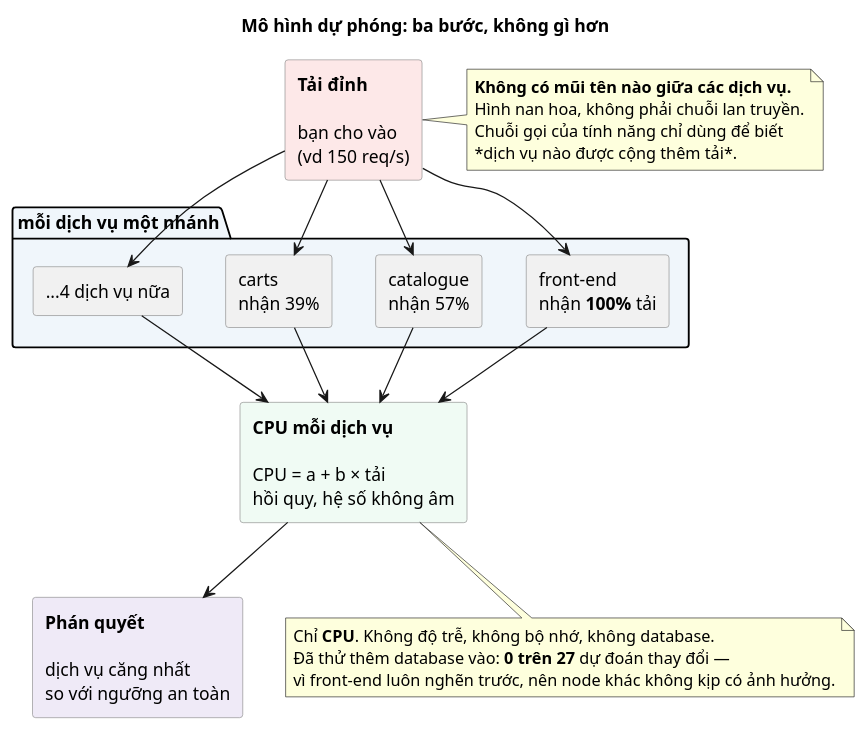
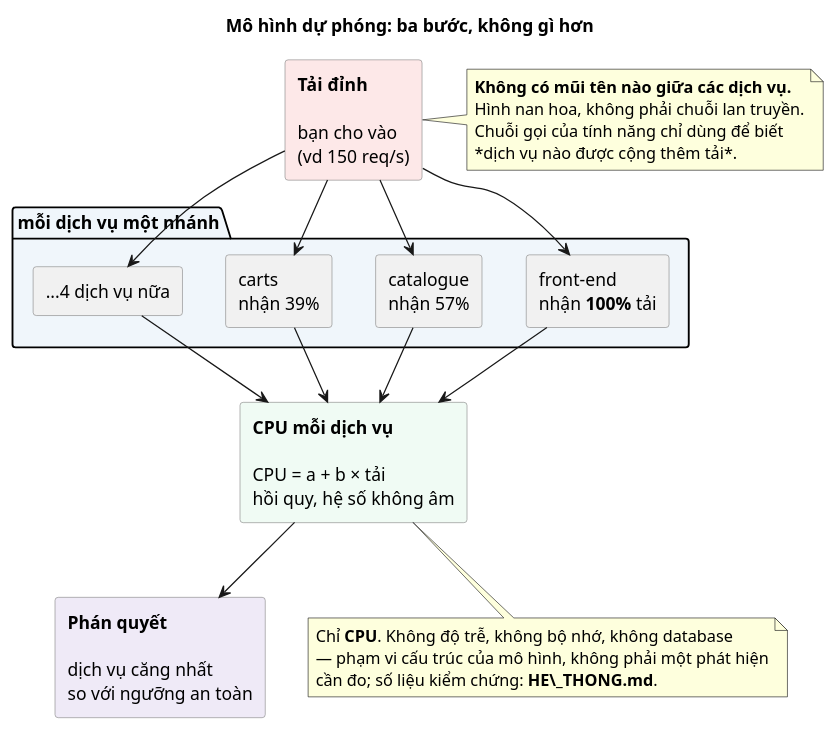
Before and after one commit to kkyaha/NCKH: the diagram in papers/p1_du_phong/docs/figures/puml/21_he_B_nan_hoa.puml, drawn with PlantUML. The commit also changed 25 other files, not shown here.

Commit message:
feat: add chain validation for SCM and update evaluation docs and diagrams

```diff
--- a/papers/p1_du_phong/docs/figures/puml/21_he_B_nan_hoa.puml
+++ b/papers/p1_du_phong/docs/figures/puml/21_he_B_nan_hoa.puml
@@ -1,44 +1,44 @@
 @startuml
 ' MOTA: Khối 2 — mô hình khả thi: ba bước, một loại tài nguyên, không cạnh giữa các dịch vụ
 skinparam defaultFontName Helvetica
 skinparam shadowing false
 skinparam rectangle {
   BorderColor #888888
 }
 title Mô hình dự phóng: **ba bước**, không gì hơn
 
 rectangle "**Tải đỉnh**\n\nbạn cho vào\n(vd 150 req/s)" as L #FDE8E8
 
 package "mỗi dịch vụ một nhánh" #F0F6FB {
   rectangle "front-end\nnhận **100%** tải" as A
   rectangle "catalogue\nnhận 57%" as B
   rectangle "carts\nnhận 39%" as C
   rectangle "...4 dịch vụ nữa" as D
 }
 
 rectangle "**CPU mỗi dịch vụ**\n\nCPU = a + b × tải\nhồi quy, hệ số không âm" as E #F0FBF4
 rectangle "**Phán quyết**\n\ndịch vụ căng nhất\nso với ngưỡng an toàn" as F #EFEAF7
 
 L --> A
 L --> B
 L --> C
 L --> D
 A --> E
 B --> E
 C --> E
 D --> E
 E --> F
 
 note right of L
   **Không có mũi tên nào giữa các dịch vụ.**
   Hình nan hoa, không phải chuỗi lan truyền.
   Chuỗi gọi của tính năng chỉ dùng để biết
   *dịch vụ nào được cộng thêm tải*.
 end note
 
 note bottom of E
-  Chỉ **CPU**. Không độ trễ, không bộ nhớ, không database.
-  Đã thử thêm database vào: **0 trên 27** dự đoán thay đổi —
-  vì front-end luôn nghẽn trước, nên node khác không kịp có ảnh hưởng.
+  Chỉ **CPU**. Không độ trễ, không bộ nhớ, không database
+  — phạm vi cấu trúc của mô hình, không phải một phát hiện
+  cần đo; số liệu kiểm chứng: **HE\_THONG.md**.
 end note
 @enduml
```
